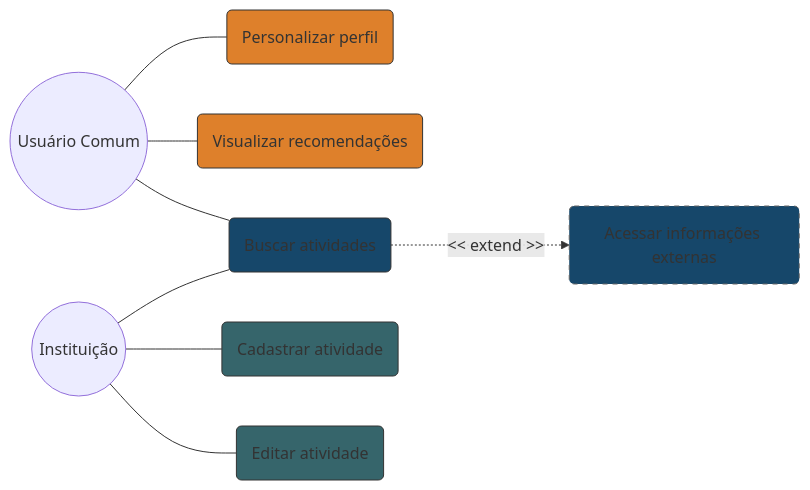
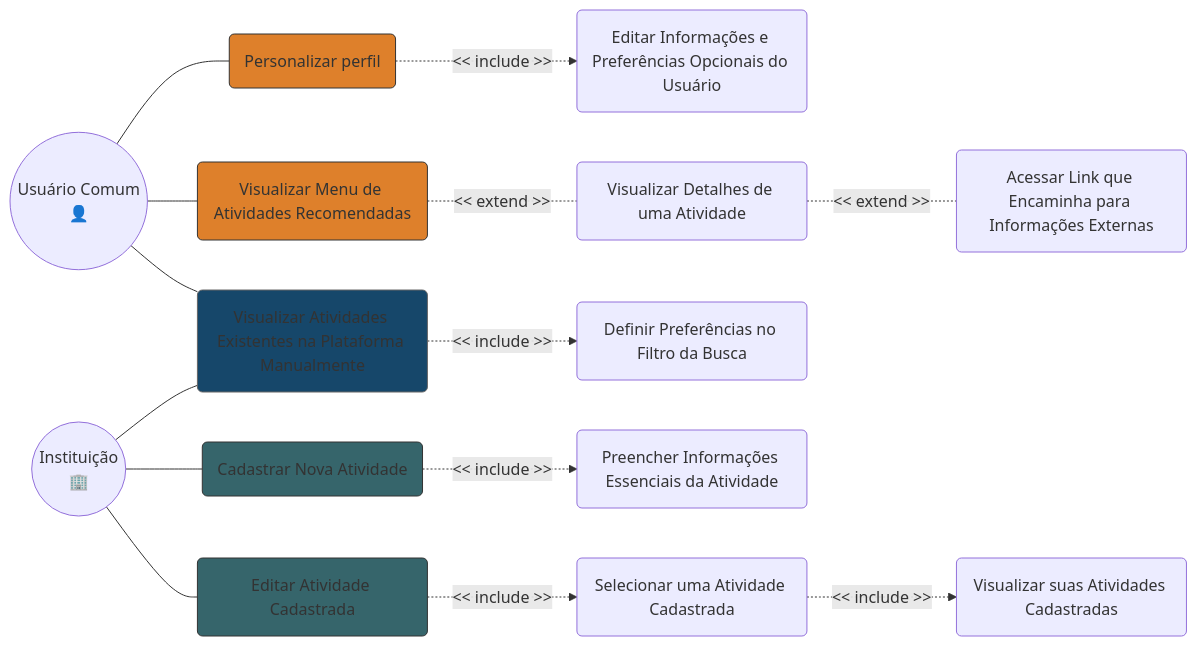
One commit to J-B-Works/Wisp changed the diagram in Modelagem/Casos de uso.md. Above: the diagram before and after it, drawn with Mermaid. The commit also changed other lines of this file, not shown here.

Commit message:
chore: Specify user cases

````diff
--- a/Modelagem/Casos de uso.md
+++ b/Modelagem/Casos de uso.md
@@ -1,36 +3,48 @@
 ```mermaid
+
 graph LR
     %% Atores
-    User((Usuário Comum))
-    Inst((Instituição))
+    User((Usuário Comum<br/>👤))
+    Inst((Instituição<br/>🏢))
 
-    %% Casos de Uso Principais
-    UC1(Personalizar perfil)
-    UC2(Visualizar recomendações)
-    UC3(Buscar atividades)
-    UC4(Cadastrar atividade)
-    UC5(Editar atividade)
-    
-    %% Caso de Uso de Dependência: É dependente de Buscar atividades.
-    UC6(Acessar informações externas)
+    %% =-=-=-=-=-=-= Casos de Uso =-=-=-=-=-=-=
+    UC_PP(Personalizar perfil)
+    UC_VMDAR(Visualizar Menu de Atividades Recomendadas)
+    UC_VDDUA(Visualizar Detalhes de uma Atividade)
+    UC_VAENPM(Visualizar Atividades Existentes na Plataforma Manualmente)
+    UC_DPNFDB(Definir Preferências no Filtro da Busca)
+    UC_CNA(Cadastrar Nova Atividade)
+    UC_EAC(Editar Atividade Cadastrada)
+    UC_SUAC(Selecionar uma Atividade Cadastrada)
+    UC_VSAC(Visualizar suas Atividades Cadastradas)
+    UC_PIEDA(Preencher Informações Essenciais da Atividade)
+    UC_EIEPODU(Editar Informações e Preferências Opcionais do Usuário)
+    UC_ALQEPIE(Acessar Link que Encaminha para Informações Externas)
 
-    %% Relacionamentos
-    User --- UC1
-    User --- UC2
-    User --- UC3
+    %% =-=-=-=-=-=-= Relacionamentos =-=-=-=-=-=-=
+    User --- UC_PP
+    User --- UC_VMDAR
+    User --- UC_VAENPM
 
-    Inst --- UC3
-    Inst --- UC4
-    Inst --- UC5
+    Inst --- UC_VAENPM
+    Inst --- UC_CNA
+    Inst --- UC_EAC
 
-    %% Dependência
-    UC3 -.->|<< extend >>| UC6
+    %% Includes
+    UC_VAENPM -.->|<< include >>| UC_DPNFDB
+    UC_EAC -.->|<< include >>| UC_SUAC
+    UC_SUAC -.->|<< include >>| UC_VSAC
+    UC_CNA -.->| << include >>| UC_PIEDA
+    UC_PP -.->|<< include >>| UC_EIEPODU
+
+    %% Extends
+    UC_VMDAR -.-|<< extend >>| UC_VDDUA
+    UC_VDDUA -.-|<< extend >>| UC_ALQEPIE
 
     %% Estilização
-    style UC1 fill:#DE802B,stroke:#333
-    style UC2 fill:#DE802B,stroke:#333
-    style UC3 fill:#16476A,stroke:#333
-    style UC4 fill:#36656B,stroke:#333
-    style UC5 fill:#36656B,stroke:#333
-    style UC6 fill:#16476A,stroke:#666,stroke-dasharray: 5 5
+    style UC_PP fill:#DE802B,stroke:#333
+    style UC_VMDAR fill:#DE802B,stroke:#333
+    style UC_CNA fill:#36656B,stroke:#333
+    style UC_EAC fill:#36656B,stroke:#333
+    style UC_VAENPM fill:#16476A,stroke:#666
 ```
````
